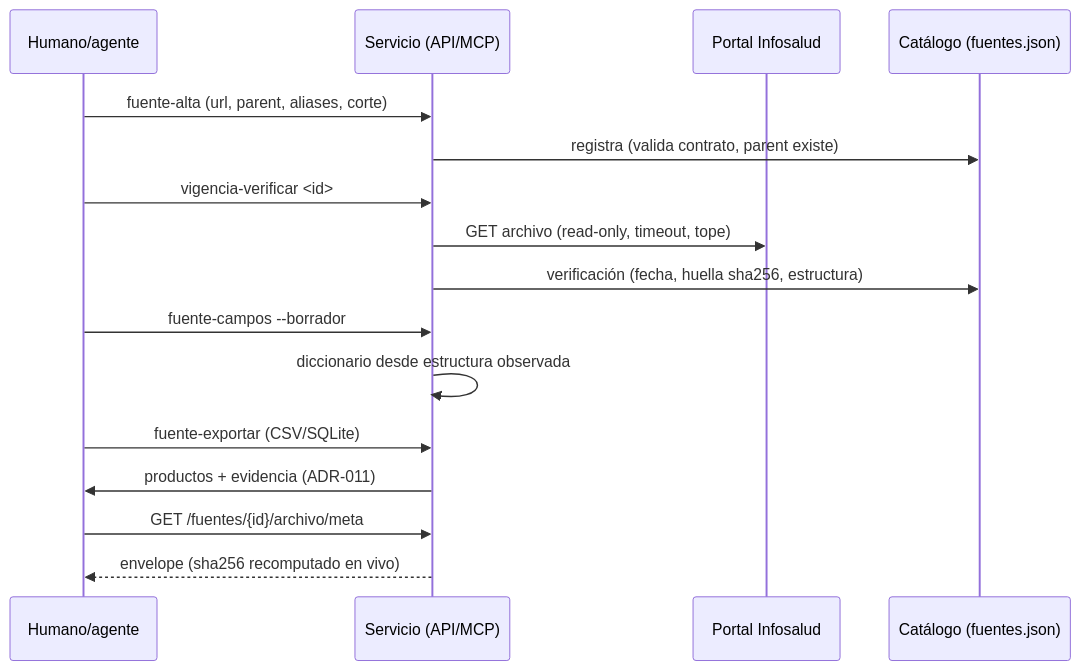
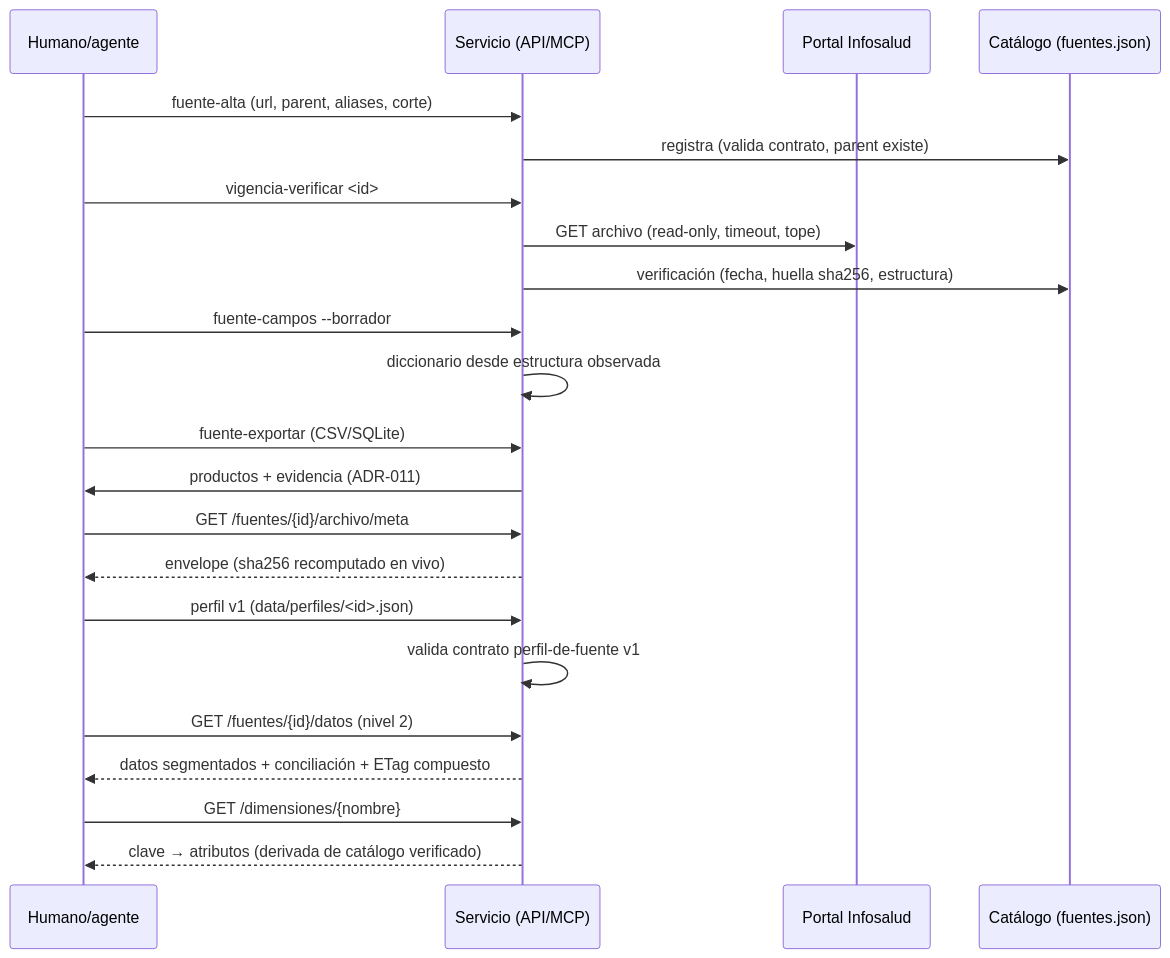
Before and after one commit to kristhianmanue1/infosalud: the third of 4 diagrams in docs/diagramas.md, drawn with Mermaid. The commit also changed 7 other files, not shown here.

````diff
--- a/docs/diagramas.md
+++ b/docs/diagramas.md
@@ -49,18 +49,24 @@
 ```mermaid
 sequenceDiagram
     participant H as Humano/agente
     participant S as Servicio (API/MCP)
     participant P as Portal Infosalud
     participant C as Catálogo (fuentes.json)
     H->>S: fuente-alta (url, parent, aliases, corte)
     S->>C: registra (valida contrato, parent existe)
     H->>S: vigencia-verificar <id>
     S->>P: GET archivo (read-only, timeout, tope)
     S->>C: verificación (fecha, huella sha256, estructura)
     H->>S: fuente-campos --borrador
     S->>S: diccionario desde estructura observada
     H->>S: fuente-exportar (CSV/SQLite)
     S->>H: productos + evidencia (ADR-011)
     H->>S: GET /fuentes/{id}/archivo/meta
     S-->>H: envelope (sha256 recomputado en vivo)
+    H->>S: perfil v1 (data/perfiles/<id>.json)
+    S->>S: valida contrato perfil-de-fuente v1
+    H->>S: GET /fuentes/{id}/datos (nivel 2)
+    S-->>H: datos segmentados + conciliación + ETag compuesto
+    H->>S: GET /dimensiones/{nombre}
+    S-->>H: clave → atributos (derivada de catálogo verificado)
 ```
````
